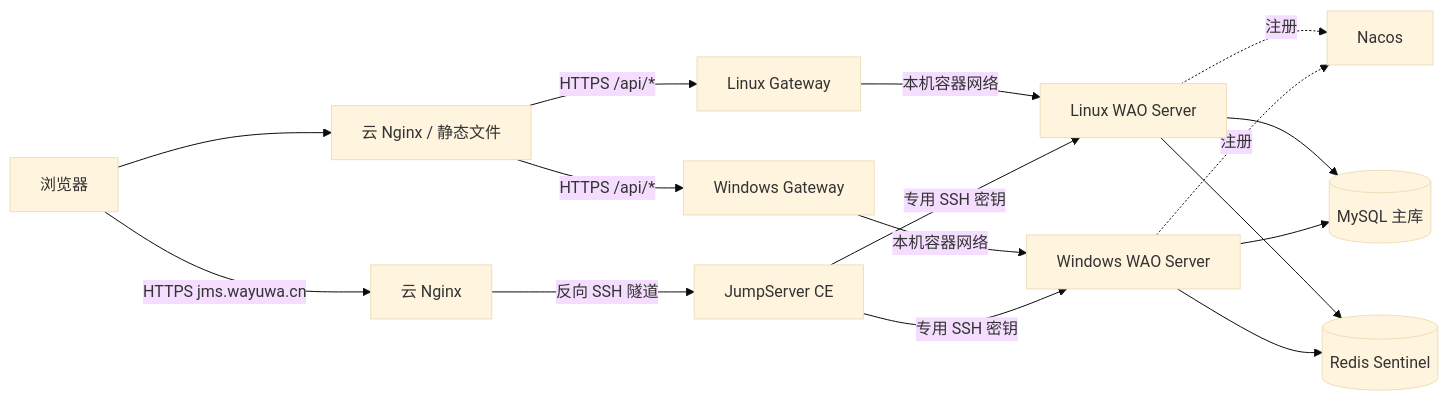
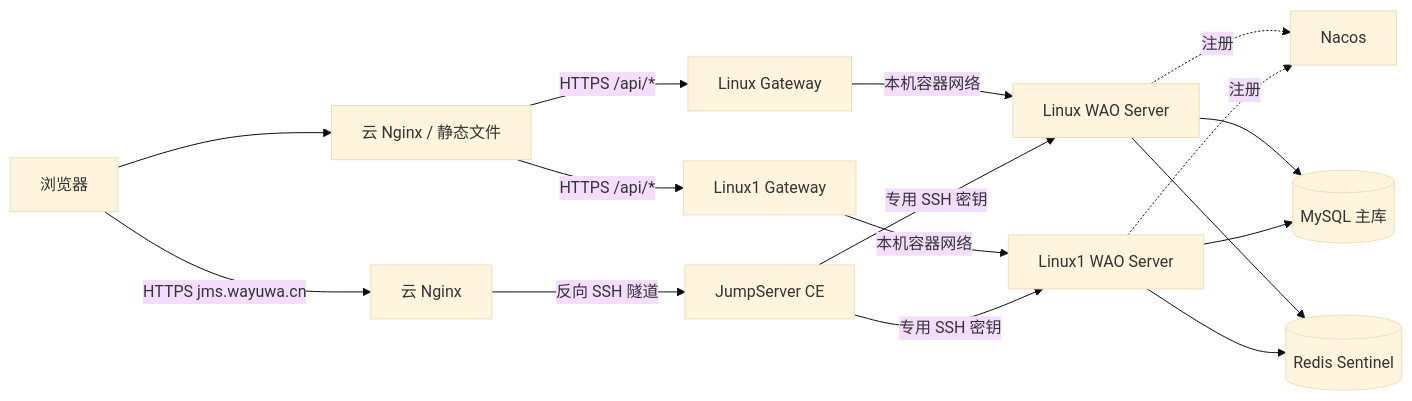
The diagram in docs/architecture.md (wayuwadi/wao), drawn with Mermaid (base theme) before and after one commit. The commit also changed other lines of this file and 40 other files, not shown here.

````diff
--- a/docs/architecture.md
+++ b/docs/architecture.md
@@ -25,18 +25,18 @@
 ```mermaid
 flowchart LR
     Browser["浏览器"] --> Nginx["云 Nginx / 静态文件"]
     Nginx -->|"HTTPS /api/*"| Gateway1["Linux Gateway"]
-    Nginx -->|"HTTPS /api/*"| Gateway2["Windows Gateway"]
+    Nginx -->|"HTTPS /api/*"| Gateway2["Linux1 Gateway"]
     Gateway1 -->|"本机容器网络"| Server1["Linux WAO Server"]
-    Gateway2 -->|"本机容器网络"| Server2["Windows WAO Server"]
+    Gateway2 -->|"本机容器网络"| Server2["Linux1 WAO Server"]
     Server1 -.注册.-> Nacos["Nacos"]
     Server2 -.注册.-> Nacos
     Server1 --> MySQL[("MySQL 主库")]
     Server2 --> MySQL
     Server1 --> Redis[("Redis Sentinel")]
     Server2 --> Redis
     Browser -->|"HTTPS jms.wayuwa.cn"| JmsNginx["云 Nginx"]
     JmsNginx -->|"反向 SSH 隧道"| JumpServer["JumpServer CE"]
     JumpServer -->|"专用 SSH 密钥"| Server1
     JumpServer -->|"专用 SSH 密钥"| Server2
 ```
````
